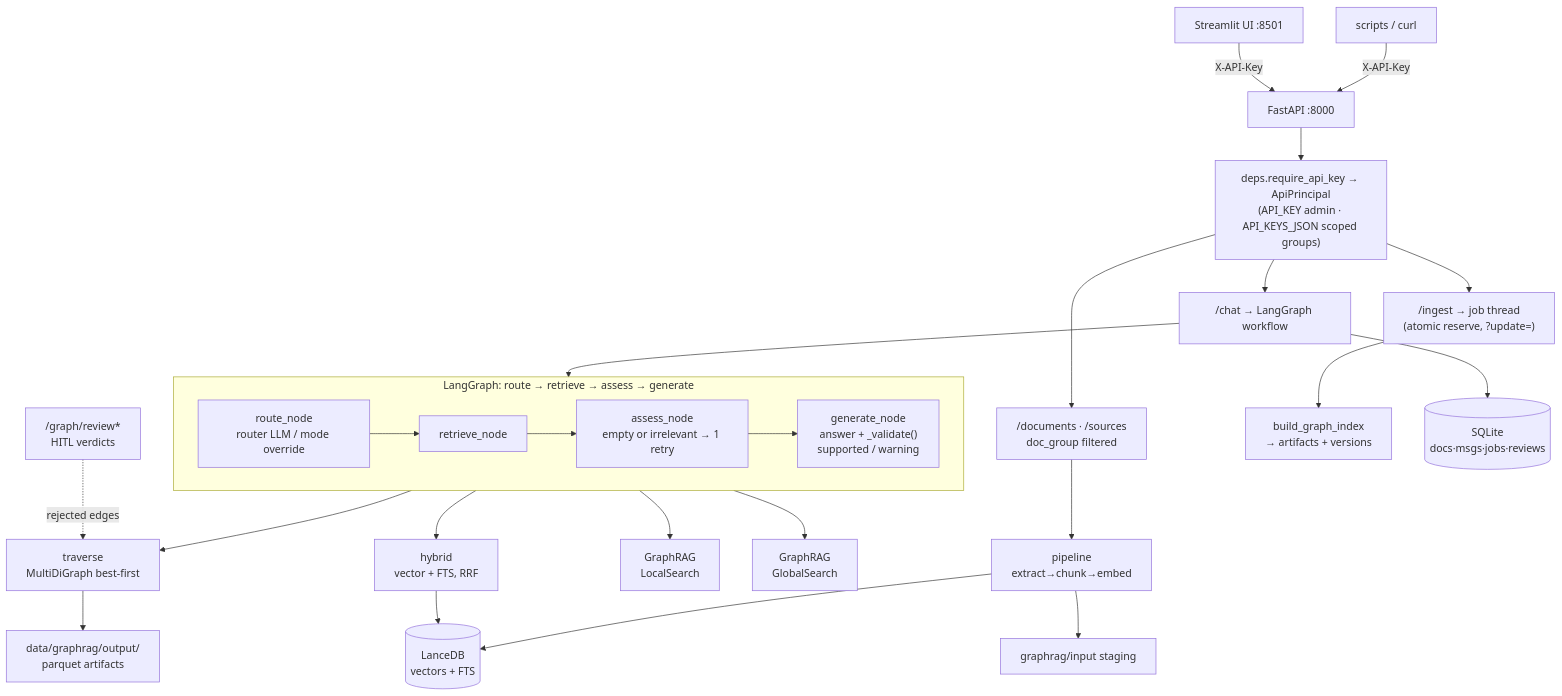
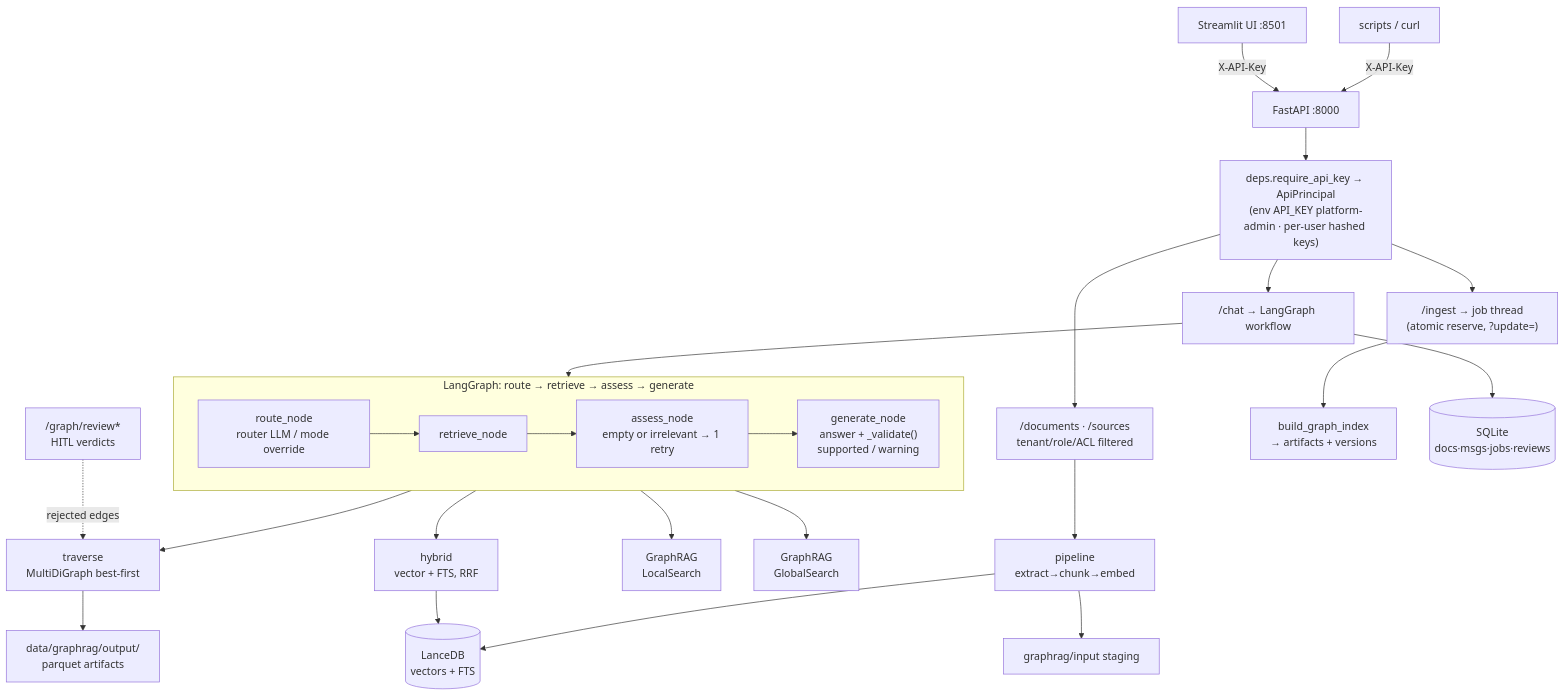
The diagram in README.md (VenkateshwaraD/graphRAG), drawn with Mermaid before and after one commit. The commit also changed other lines of this file and 37 other files, not shown here.

First line of the commit message:
Add multi-tenant RBAC/ABAC with strict graph provenance and migrations

````diff
--- a/README.md
+++ b/README.md
@@ -15,30 +15,30 @@
 ```mermaid
 flowchart TB
     UI[Streamlit UI :8501] -->|X-API-Key| API[FastAPI :8000]
     CLI[scripts / curl] -->|X-API-Key| API
-    API --> AUTH["deps.require_api_key → ApiPrincipal<br/>(API_KEY admin · API_KEYS_JSON scoped groups)"]
+    API --> AUTH["deps.require_api_key → ApiPrincipal<br/>(env API_KEY platform-admin · per-user hashed keys)"]
     AUTH --> CHAT["/chat → LangGraph workflow"]
-    AUTH --> DOCS["/documents · /sources<br/>doc_group filtered"]
+    AUTH --> DOCS["/documents · /sources<br/>tenant/role/ACL filtered"]
     AUTH --> ING["/ingest → job thread<br/>(atomic reserve, ?update=)"]
 
     subgraph G["LangGraph: route → retrieve → assess → generate"]
         R1[route_node<br/>router LLM / mode override] --> R2[retrieve_node]
         R2 --> R3[assess_node<br/>empty or irrelevant → 1 retry]
         R3 --> R4["generate_node<br/>answer + _validate()<br/>supported / warning"]
     end
     CHAT --> G
 
     G --> TRV[traverse<br/>MultiDiGraph best-first]
     G --> HYB[hybrid<br/>vector + FTS, RRF]
     G --> LS[GraphRAG<br/>LocalSearch]
     G --> GS[GraphRAG<br/>GlobalSearch]
 
     TRV --> ART["data/graphrag/output/<br/>parquet artifacts"]
     REV["/graph/review*<br/>HITL verdicts"] -.rejected edges.-> TRV
     HYB --> LDB[(LanceDB<br/>vectors + FTS)]
     ING --> GRA["build_graph_index<br/>→ artifacts + versions"]
     DOCS --> PIPE["pipeline<br/>extract→chunk→embed"]
     PIPE --> LDB
     PIPE --> STAGE["graphrag/input staging"]
     CHAT --> DB[(SQLite<br/>docs·msgs·jobs·reviews)]
 ```
````
